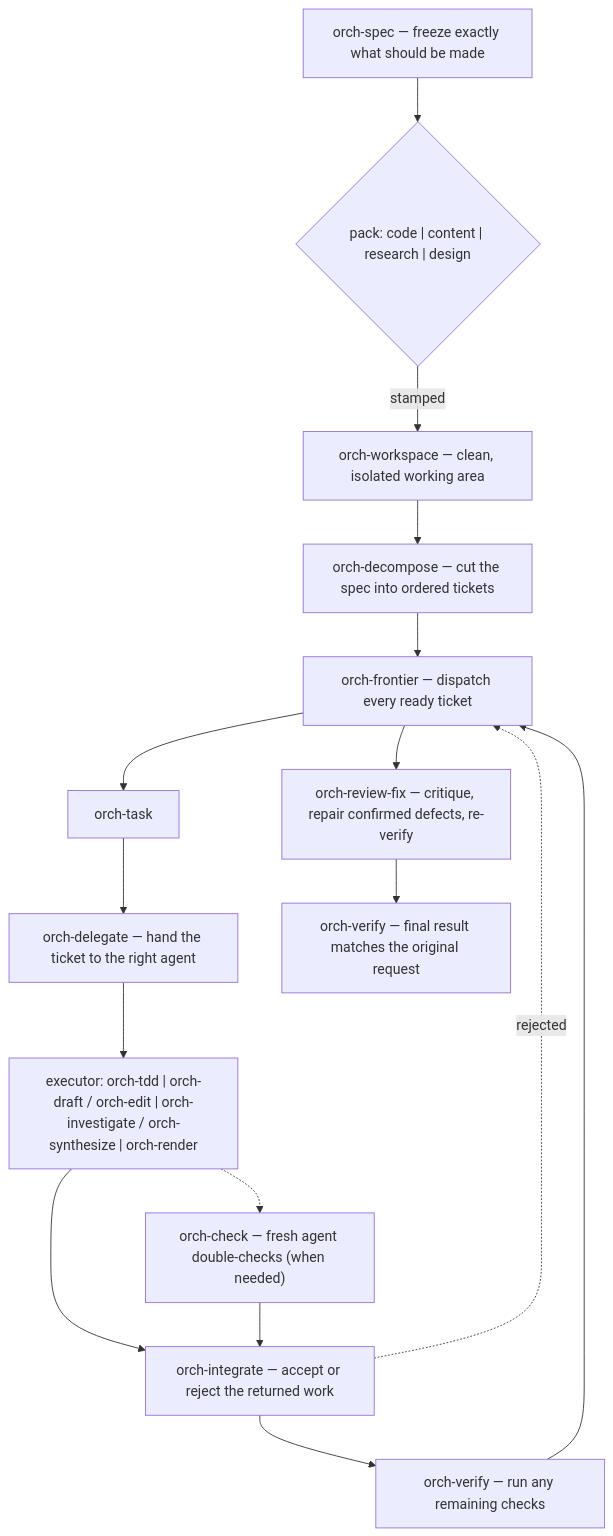
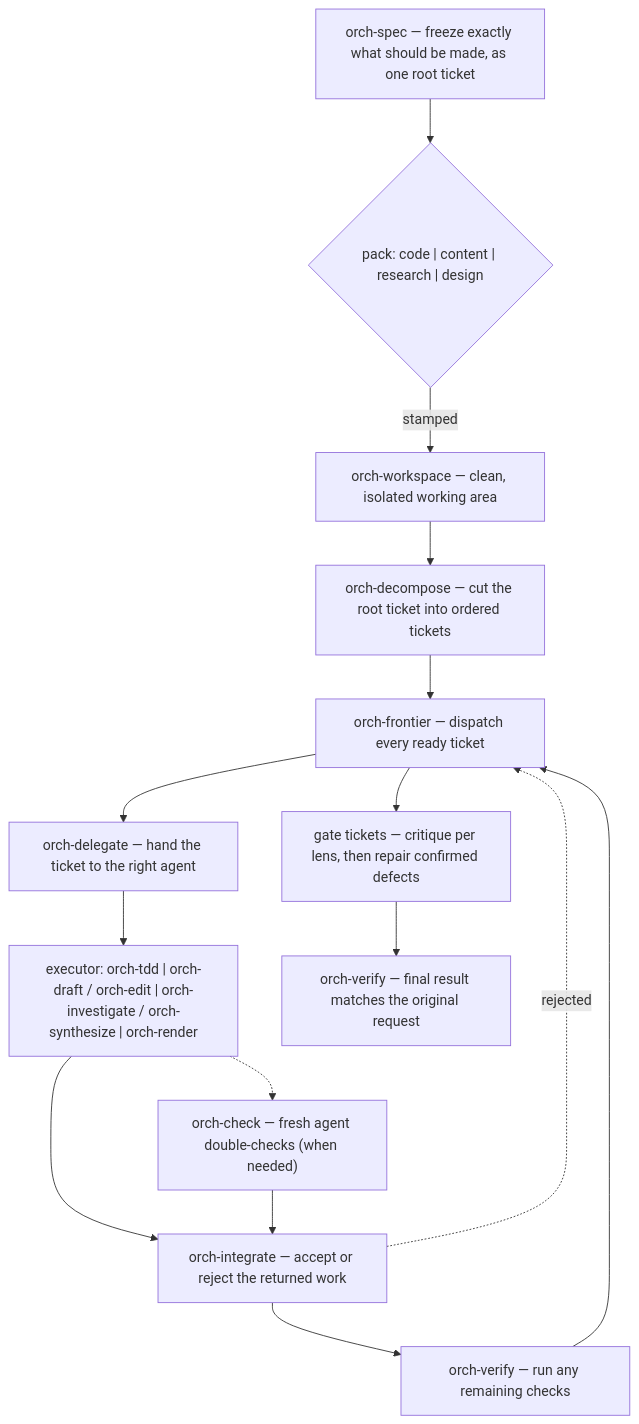
One commit to DanMcInerney/orchflows changed the diagram in README.md. Above: the diagram before and after it, drawn with Mermaid. The commit also changed other lines of this file, not shown here.

````diff
--- a/README.md
+++ b/README.md
@@ -133,18 +135,17 @@
 ```mermaid
 flowchart TD
-    spec["orch-spec — freeze exactly what should be made"] --> pack{"pack: code | content | research | design"}
+    spec["orch-spec — freeze exactly what should be made, as one root ticket"] --> pack{"pack: code | content | research | design"}
     pack -->|stamped| ws["orch-workspace — clean, isolated working area"]
-    ws --> dec["orch-decompose — cut the spec into ordered tickets"]
+    ws --> dec["orch-decompose — cut the root ticket into ordered tickets"]
     dec --> frontier["orch-frontier — dispatch every ready ticket"]
-    frontier --> task["orch-task"]
-    task --> del["orch-delegate — hand the ticket to the right agent"]
+    frontier --> del["orch-delegate — hand the ticket to the right agent"]
     del --> exec["executor: orch-tdd | orch-draft / orch-edit | orch-investigate / orch-synthesize | orch-render"]
     exec -.-> chk["orch-check — fresh agent double-checks (when needed)"]
     exec --> integ["orch-integrate — accept or reject the returned work"]
     chk --> integ
     integ -.->|rejected| frontier
     integ --> ver1["orch-verify — run any remaining checks"]
     ver1 --> frontier
-    frontier --> gate["orch-review-fix — critique, repair confirmed defects, re-verify"]
+    frontier --> gate["gate tickets — critique per lens, then repair confirmed defects"]
     gate --> final["orch-verify — final result matches the original request"]
 ```
````
